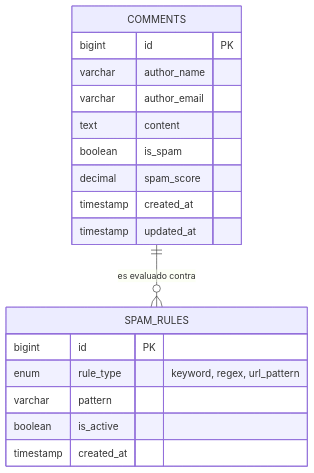
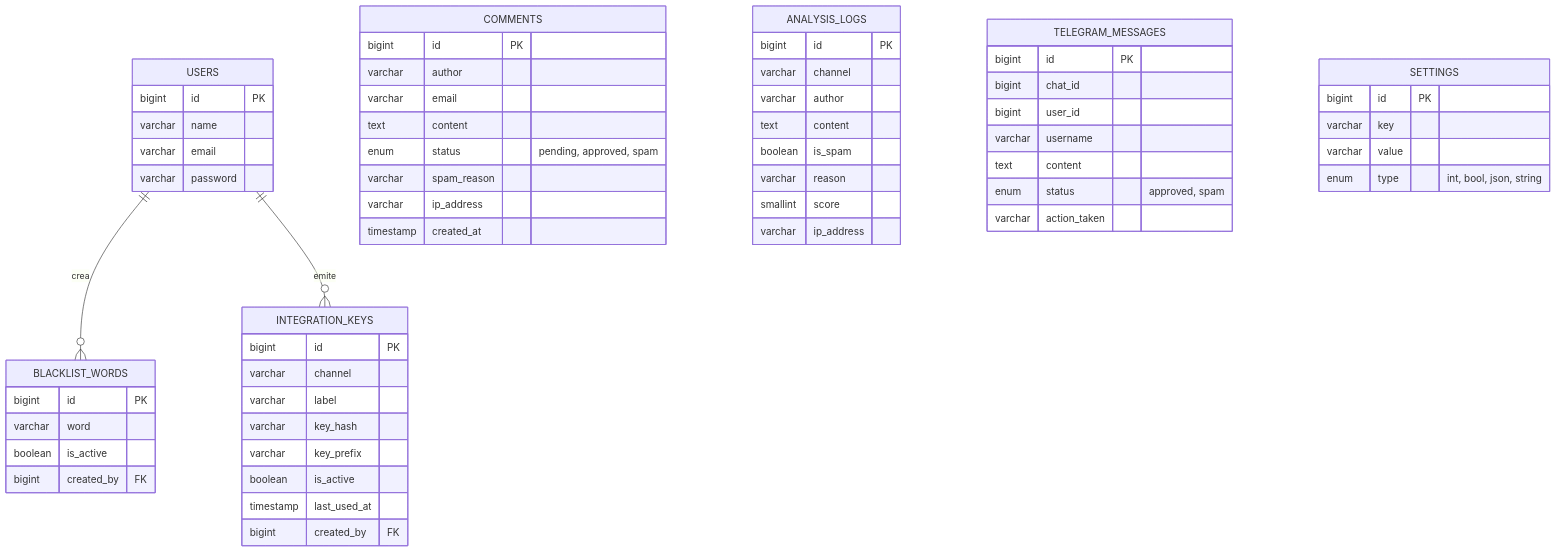
One commit to UPT-FAING-EPIS/proyecto-si784-2026-i-u1-antispam changed the seventh of 11 diagrams in docs/FD04-Informe-Arquitectura.md. Above: the diagram before and after it, drawn with Mermaid. The commit also changed other lines of this file, not shown here.

First line of the commit message:
Actualizar diagramas Mermaid del FD04 a la arquitectura real del sistema

````diff
--- a/docs/FD04-Informe-Arquitectura.md
+++ b/docs/FD04-Informe-Arquitectura.md
@@ -286,23 +420,69 @@
 ```mermaid
 erDiagram
+    USERS {
+        bigint id PK
+        varchar name
+        varchar email
+        varchar password
+    }
+
     COMMENTS {
         bigint id PK
-        varchar author_name
-        varchar author_email
+        varchar author
+        varchar email
         text content
-        boolean is_spam
-        decimal spam_score
-        timestamp created_at
-        timestamp updated_at
-    }
-    
-    SPAM_RULES {
-        bigint id PK
-        enum rule_type "keyword, regex, url_pattern"
-        varchar pattern
-        boolean is_active
+        enum status "pending, approved, spam"
+        varchar spam_reason
+        varchar ip_address
         timestamp created_at
     }
 
-    COMMENTS ||--o{ SPAM_RULES : "es evaluado contra"
+    BLACKLIST_WORDS {
+        bigint id PK
+        varchar word
+        boolean is_active
+        bigint created_by FK
+    }
+
+    INTEGRATION_KEYS {
+        bigint id PK
+        varchar channel
+        varchar label
+        varchar key_hash
+        varchar key_prefix
+        boolean is_active
+        timestamp last_used_at
+        bigint created_by FK
+    }
+
+    ANALYSIS_LOGS {
+        bigint id PK
+        varchar channel
+        varchar author
+        text content
+        boolean is_spam
+        varchar reason
+        smallint score
+        varchar ip_address
+    }
+
+    TELEGRAM_MESSAGES {
+        bigint id PK
+        bigint chat_id
+        bigint user_id
+        varchar username
+        text content
+        enum status "approved, spam"
+        varchar action_taken
+    }
+
+    SETTINGS {
+        bigint id PK
+        varchar key
+        varchar value
+        enum type "int, bool, json, string"
+    }
+
+    USERS ||--o{ BLACKLIST_WORDS : "crea"
+    USERS ||--o{ INTEGRATION_KEYS : "emite"
 ```
````
